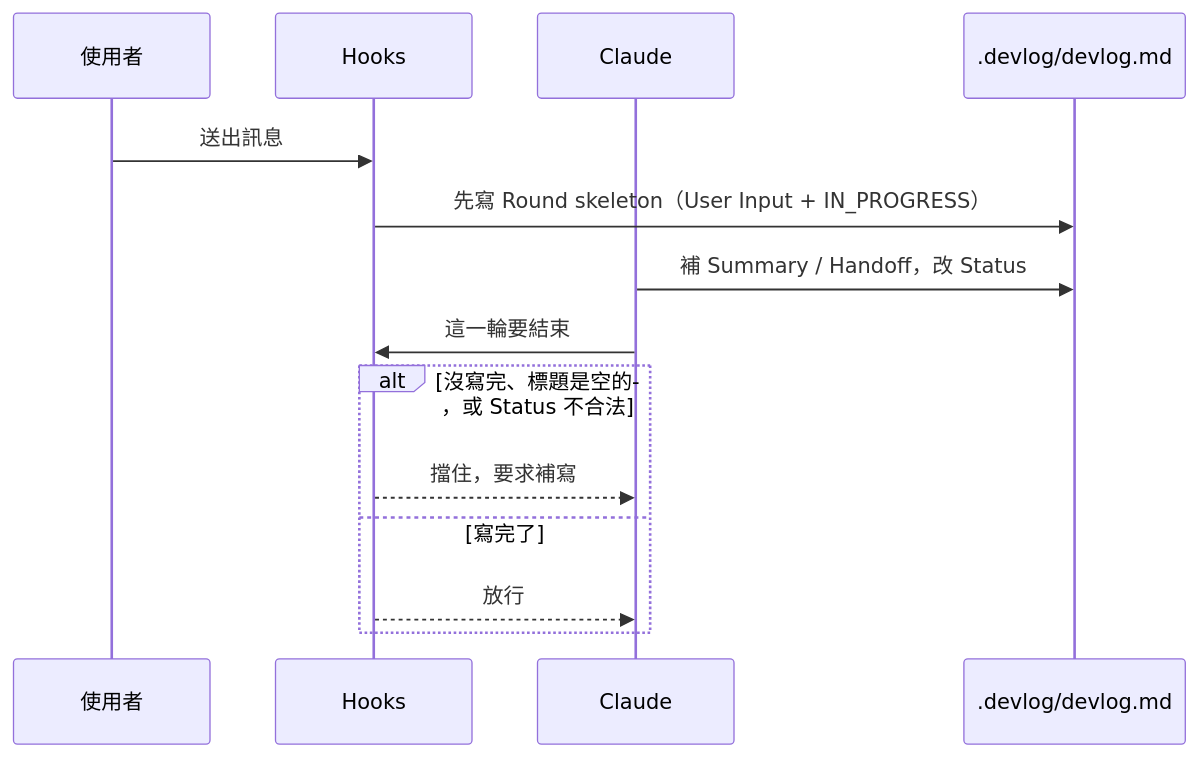
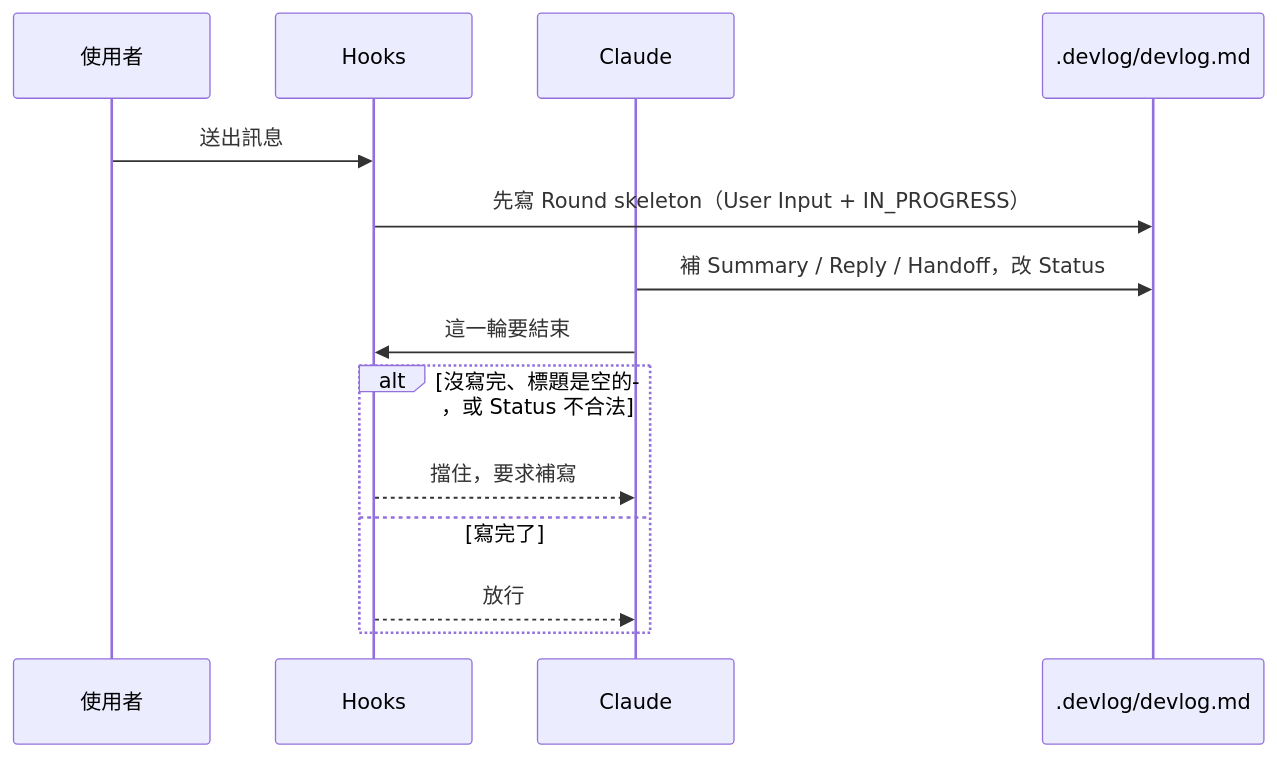
The diagram in README.md (gogogohuang/devlog-tracker), drawn with Mermaid before and after one commit. The commit also changed other lines of this file and 24 other files, not shown here.

First line of the commit message:
feat: L1 handoff contract — Reply, 完成條件, and write-back

````diff
--- a/README.md
+++ b/README.md
@@ -83,17 +85,17 @@
 ```mermaid
 sequenceDiagram
   participant U as 使用者
   participant H as Hooks
   participant C as Claude
   participant D as .devlog/devlog.md
 
   U->>H: 送出訊息
   H->>D: 先寫 Round skeleton（User Input + IN_PROGRESS）
-  C->>D: 補 Summary / Handoff，改 Status
+  C->>D: 補 Summary / Reply / Handoff，改 Status
   C->>H: 這一輪要結束
   alt 沒寫完、標題是空的，或 Status 不合法
     H-->>C: 擋住，要求補寫
   else 寫完了
     H-->>C: 放行
   end
 ```
````
